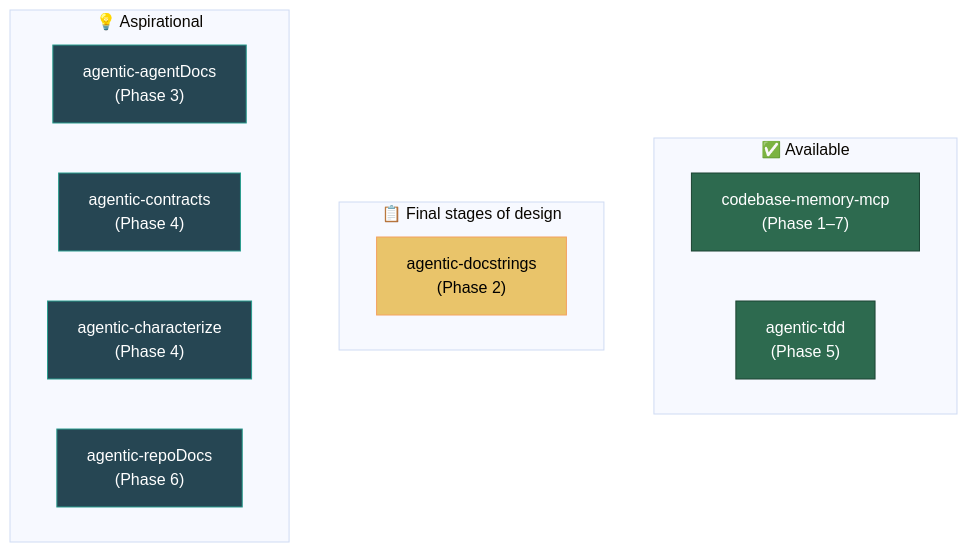
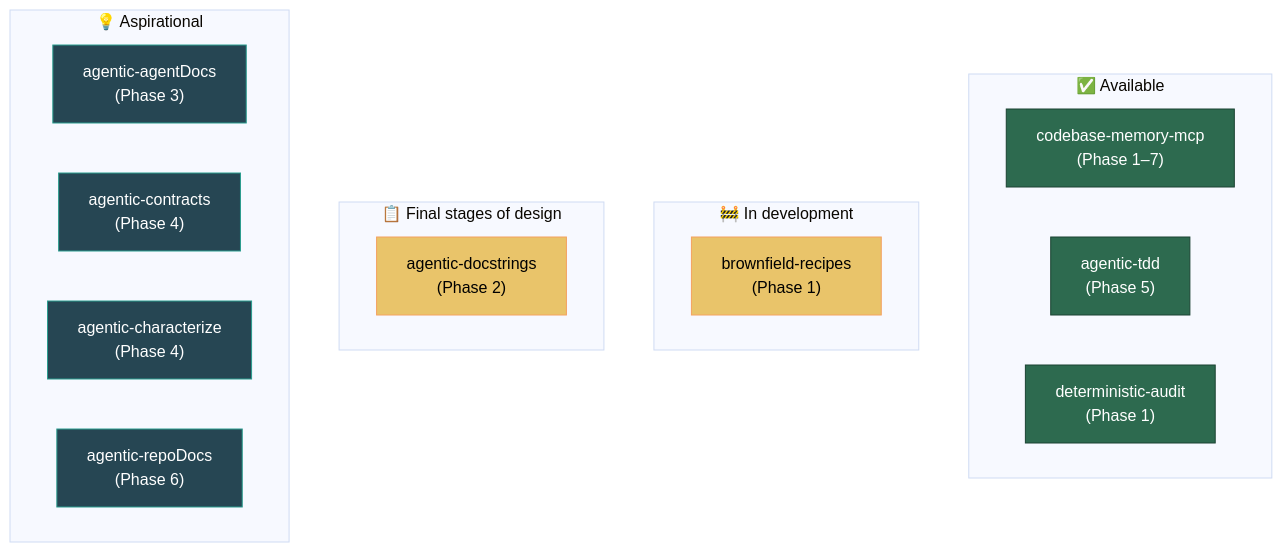
The second of 2 diagrams in shared/Tool-Ecosystem.md (Nistapp/codebase-agentic-readiness-framework), drawn with Mermaid (base theme) before and after one commit. The commit also changed other lines of this file, not shown here.

First line of the commit message:
docs(shared): add the audit engine and the brownfield recipes to the tool ecosystem

````diff
--- a/shared/Tool-Ecosystem.md
+++ b/shared/Tool-Ecosystem.md
@@ -78,24 +85,30 @@
 ```mermaid
 graph TB
     subgraph "✅ Available"
         T1["codebase-memory-mcp\n(Phase 1–7)"]
         T2["agentic-tdd\n(Phase 5)"]
+        T8["deterministic-audit\n(Phase 1)"]
+    end
+    subgraph "🚧 In development"
+        T9["brownfield-recipes\n(Phase 1)"]
     end
     subgraph "📋 Final stages of design"
         T3["agentic-docstrings\n(Phase 2)"]
     end
     subgraph "💡 Aspirational"
         T4["agentic-agentDocs\n(Phase 3)"]
         T5["agentic-contracts\n(Phase 4)"]
         T6["agentic-characterize\n(Phase 4)"]
         T7["agentic-repoDocs\n(Phase 6)"]
     end
 
     style T1 fill:#2d6a4f,stroke:#1b4332,color:#fff
     style T2 fill:#2d6a4f,stroke:#1b4332,color:#fff
+    style T8 fill:#2d6a4f,stroke:#1b4332,color:#fff
+    style T9 fill:#e9c46a,stroke:#f4a261,color:#000
     style T3 fill:#e9c46a,stroke:#f4a261,color:#000
     style T4 fill:#264653,stroke:#2a9d8f,color:#fff
     style T5 fill:#264653,stroke:#2a9d8f,color:#fff
     style T6 fill:#264653,stroke:#2a9d8f,color:#fff
     style T7 fill:#264653,stroke:#2a9d8f,color:#fff
 ```
````
